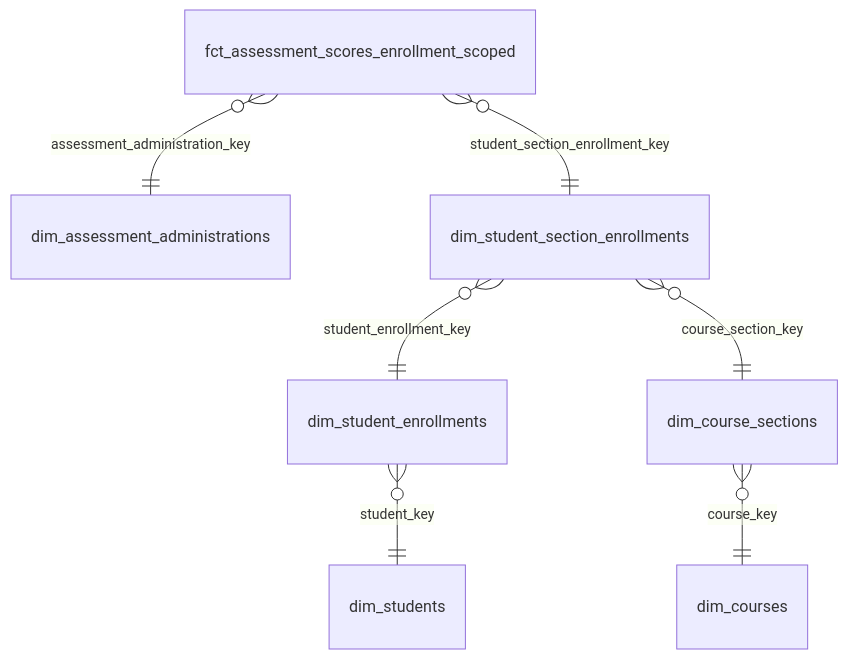
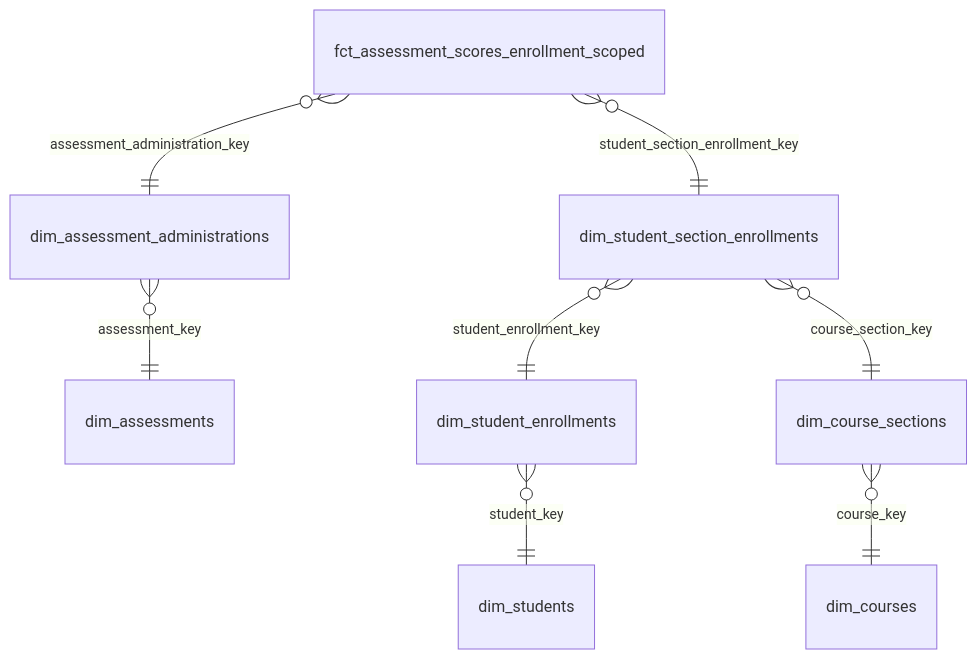
The first of 24 diagrams in docs/reference/marts-data-models.md (TEAMSchools/teamster), drawn with Mermaid before and after one commit. The commit also changed other lines of this file and 4 other files, not shown here.

````diff
--- a/docs/reference/marts-data-models.md
+++ b/docs/reference/marts-data-models.md
@@ -27,9 +27,10 @@
 ```mermaid
 erDiagram
   fct_assessment_scores_enrollment_scoped }o--|| dim_assessment_administrations : "assessment_administration_key"
   fct_assessment_scores_enrollment_scoped }o--|| dim_student_section_enrollments : "student_section_enrollment_key"
+  dim_assessment_administrations }o--|| dim_assessments : "assessment_key"
   dim_student_section_enrollments }o--|| dim_student_enrollments : "student_enrollment_key"
   dim_student_section_enrollments }o--|| dim_course_sections : "course_section_key"
   dim_student_enrollments }o--|| dim_students : "student_key"
   dim_course_sections }o--|| dim_courses : "course_key"
 ```
````
